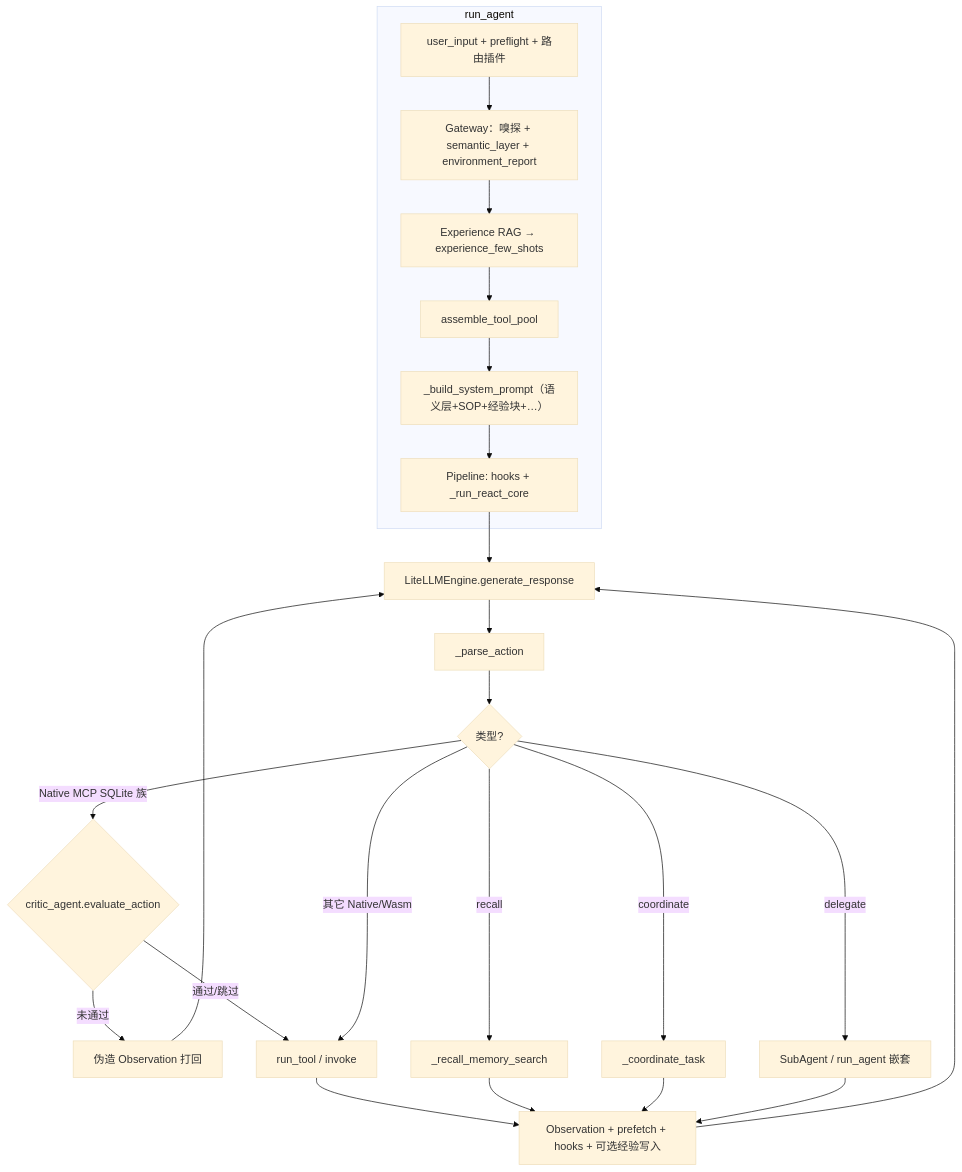
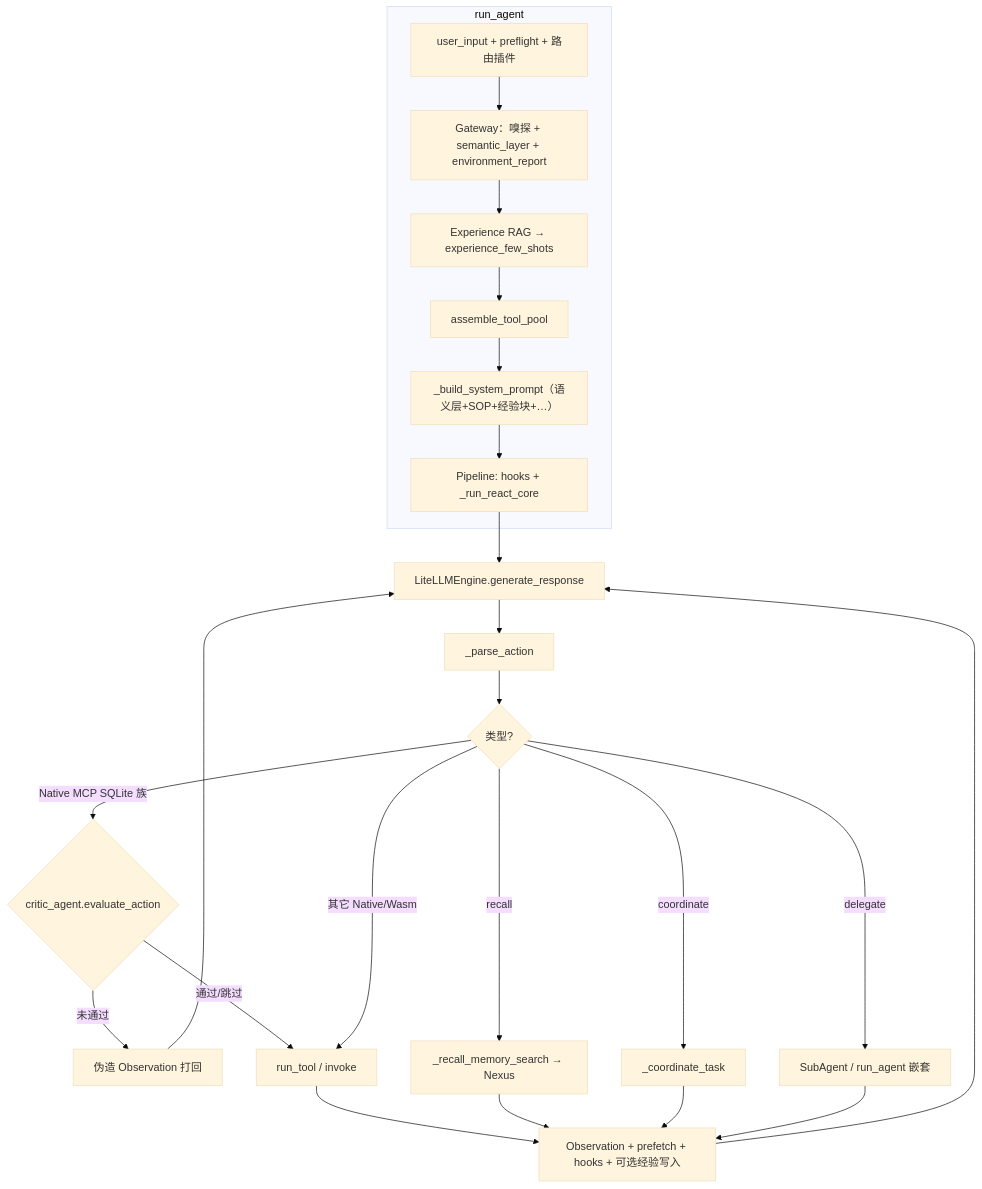
One commit to Samuel521199/jachin-system changed the diagram in docs/L3_AGENT_CONTEXT_MEMORY_AND_PROMPT.md. Above: the diagram before and after it, drawn with Mermaid (base theme). The commit also changed other lines of this file and 76 other files, not shown here.

````diff
--- a/docs/L3_AGENT_CONTEXT_MEMORY_AND_PROMPT.md
+++ b/docs/L3_AGENT_CONTEXT_MEMORY_AND_PROMPT.md
@@ -209,28 +202,28 @@
 ```mermaid
 flowchart TB
   subgraph run_agent_entry["run_agent"]
     U[user_input + preflight + 路由插件]
     GW[Gateway：嗅探 + semantic_layer + environment_report]
     EXP[Experience RAG → experience_few_shots]
     T[assemble_tool_pool]
     S["_build_system_prompt（语义层+SOP+经验块+…）"]
     P[Pipeline: hooks + _run_react_core]
   end
   U --> GW --> EXP --> T --> S --> P
   P --> LLM[LiteLLMEngine.generate_response]
   LLM --> Parse[_parse_action]
   Parse --> Tool{类型?}
   Tool -->|Native MCP SQLite 族| CR{critic_agent.evaluate_action}
   CR -->|未通过| FB[伪造 Observation 打回]
   CR -->|通过/跳过| Exec[run_tool / invoke]
   Tool -->|其它 Native/Wasm| Exec
-  Tool -->|recall| L2R[_recall_memory_search]
+  Tool -->|recall| NX[_recall_memory_search → Nexus]
   Tool -->|coordinate| L2C[_coordinate_task]
   Tool -->|delegate| SA[SubAgent / run_agent 嵌套]
   FB --> LLM
   Exec --> Obs[Observation + prefetch + hooks + 可选经验写入]
-  L2R --> Obs
+  NX --> Obs
   L2C --> Obs
   SA --> Obs
   Obs --> LLM
 ```
````
